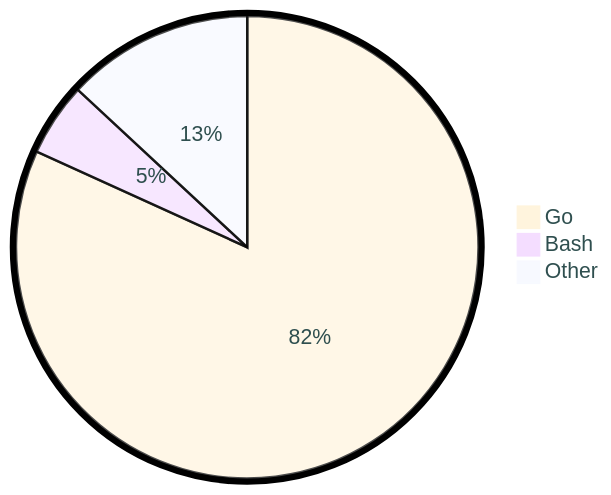
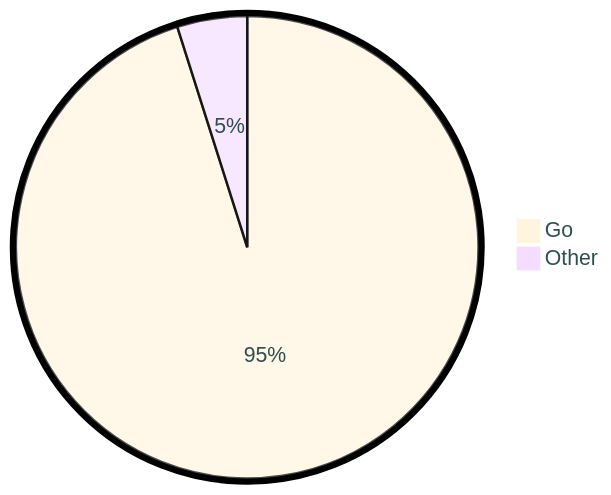
Before and after one commit to tot0p/tot0p: the diagram in README.md, drawn with Mermaid. The commit also changed other lines of this file, not shown here.

````diff
--- a/README.md
+++ b/README.md
@@ -124,7 +122,6 @@
 ```mermaid
 %%{init: {"pie": {"textPosition": 0.5}, "themeVariables": {"pieOuterStrokeWidth": "5px","primaryTextColor" : "#2F4F4F"},"theme":"base"} }%%
 pie
-	"Go": 81.79
-	"Bash": 5.13
-	"Other": 13.080000000000002
+	"Go": 95.1
+	"Other": 4.89
 ```
````
